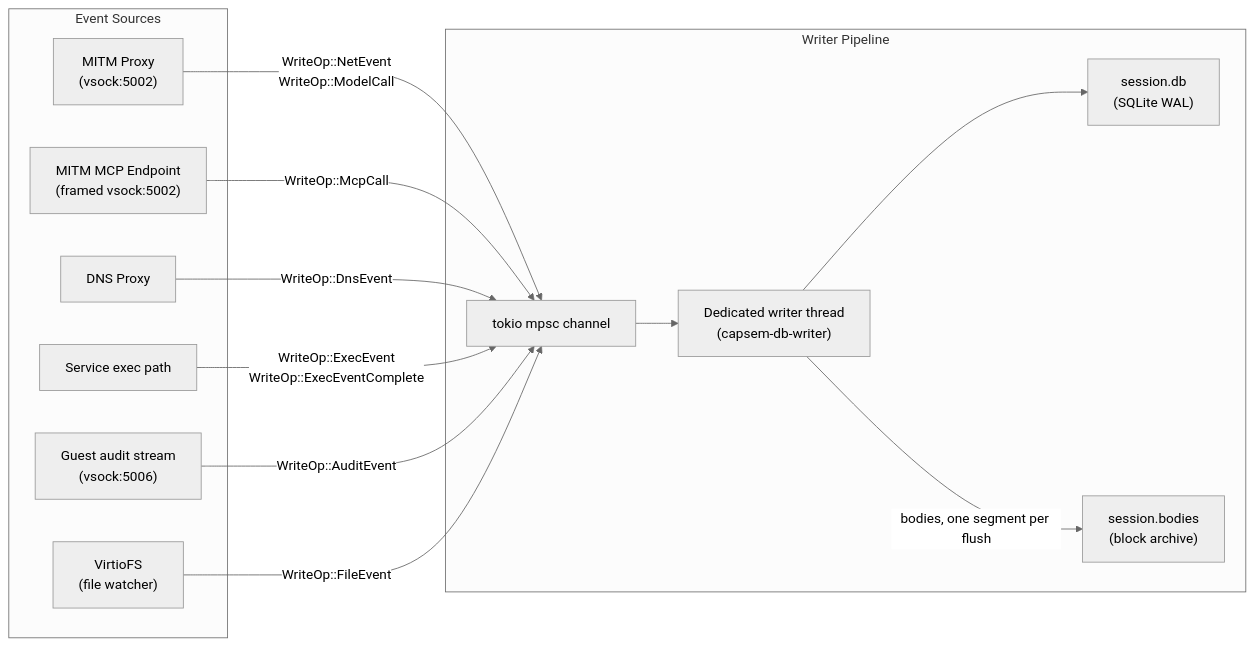
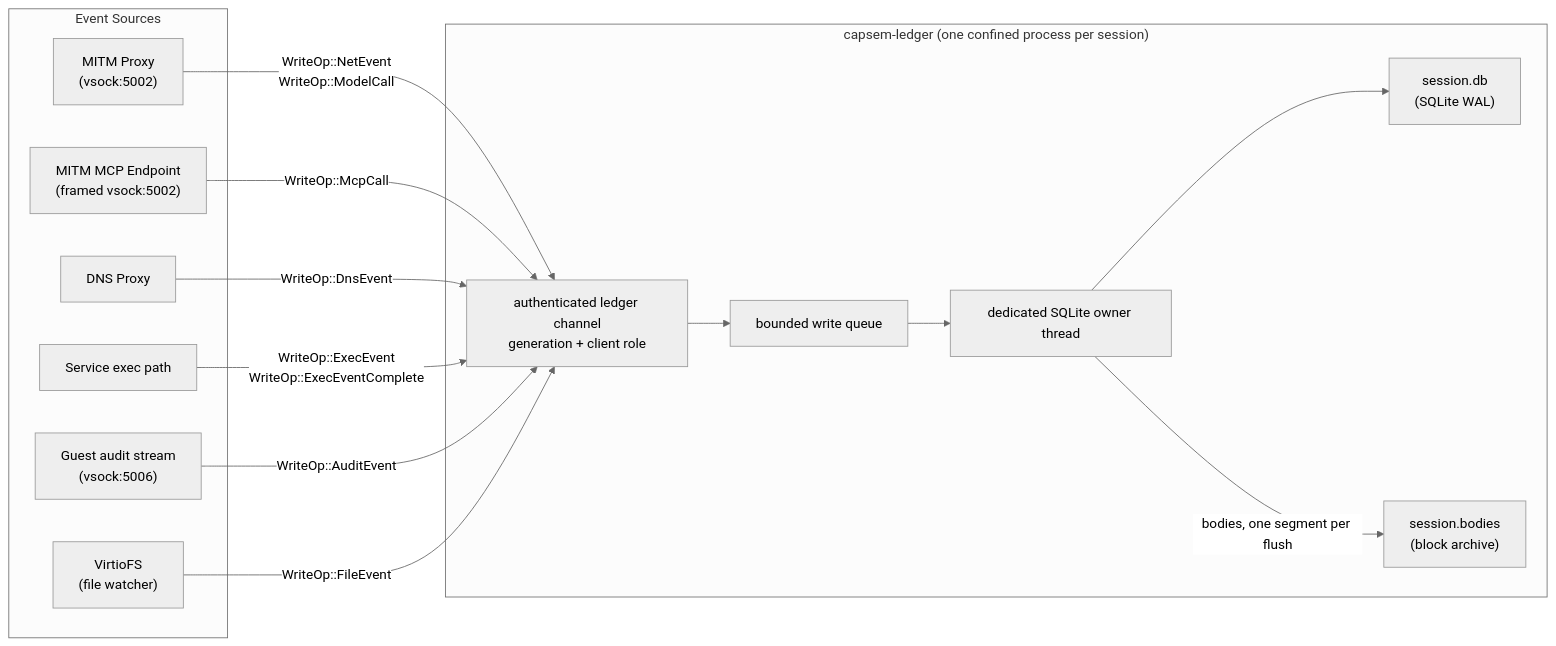
The third of 4 diagrams in web/docs/src/content/docs/architecture/session-telemetry.md (google/capsem), drawn with Mermaid (neutral theme) before and after one commit. The commit also changed other lines of this file and 9 other files, not shown here.

Commit message:
docs(architecture): document confined host workers

````diff
--- a/web/docs/src/content/docs/architecture/session-telemetry.md
+++ b/web/docs/src/content/docs/architecture/session-telemetry.md
@@ -627,28 +639,30 @@
 ```mermaid
 graph LR
     subgraph "Event Sources"
         MITM["MITM Proxy<br/>(vsock:5002)"]
         MCP["MITM MCP Endpoint<br/>(framed vsock:5002)"]
         DNS["DNS Proxy"]
         EXEC["Service exec path"]
         AUDIT["Guest audit stream<br/>(vsock:5006)"]
         FS["VirtioFS<br/>(file watcher)"]
     end
 
-    subgraph "Writer Pipeline"
-        CH["tokio mpsc channel"]
-        WT["Dedicated writer thread<br/>(capsem-db-writer)"]
+    subgraph "capsem-ledger (one confined process per session)"
+        IPC["authenticated ledger channel<br/>generation + client role"]
+        CH["bounded write queue"]
+        WT["dedicated SQLite owner thread"]
         DB["session.db<br/>(SQLite WAL)"]
         BODIES["session.bodies<br/>(block archive)"]
     end
 
-    MITM -->|"WriteOp::NetEvent<br/>WriteOp::ModelCall"| CH
-    MCP -->|"WriteOp::McpCall"| CH
-    DNS -->|"WriteOp::DnsEvent"| CH
-    EXEC -->|"WriteOp::ExecEvent<br/>WriteOp::ExecEventComplete"| CH
-    AUDIT -->|"WriteOp::AuditEvent"| CH
-    FS -->|"WriteOp::FileEvent"| CH
+    MITM -->|"WriteOp::NetEvent<br/>WriteOp::ModelCall"| IPC
+    MCP -->|"WriteOp::McpCall"| IPC
+    DNS -->|"WriteOp::DnsEvent"| IPC
+    EXEC -->|"WriteOp::ExecEvent<br/>WriteOp::ExecEventComplete"| IPC
+    AUDIT -->|"WriteOp::AuditEvent"| IPC
+    FS -->|"WriteOp::FileEvent"| IPC
+    IPC --> CH
     CH --> WT
     WT --> DB
     WT -->|"bodies, one segment per flush"| BODIES
 ```
````
